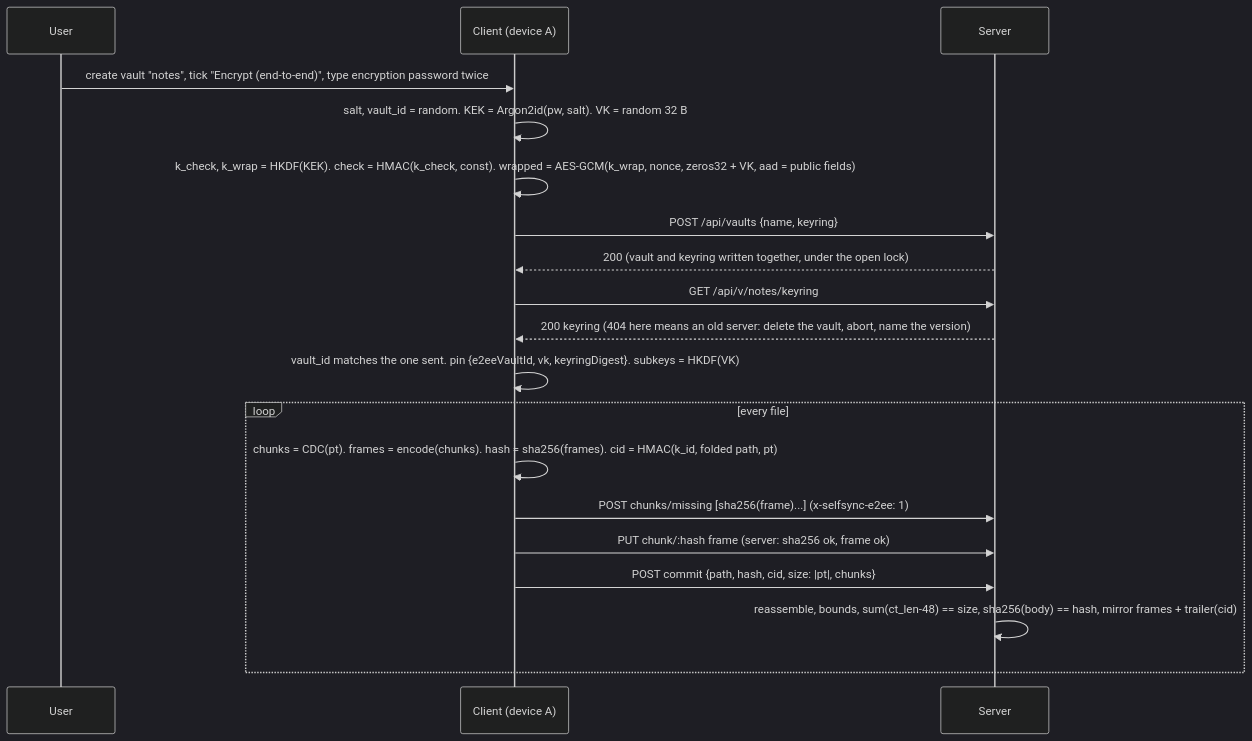
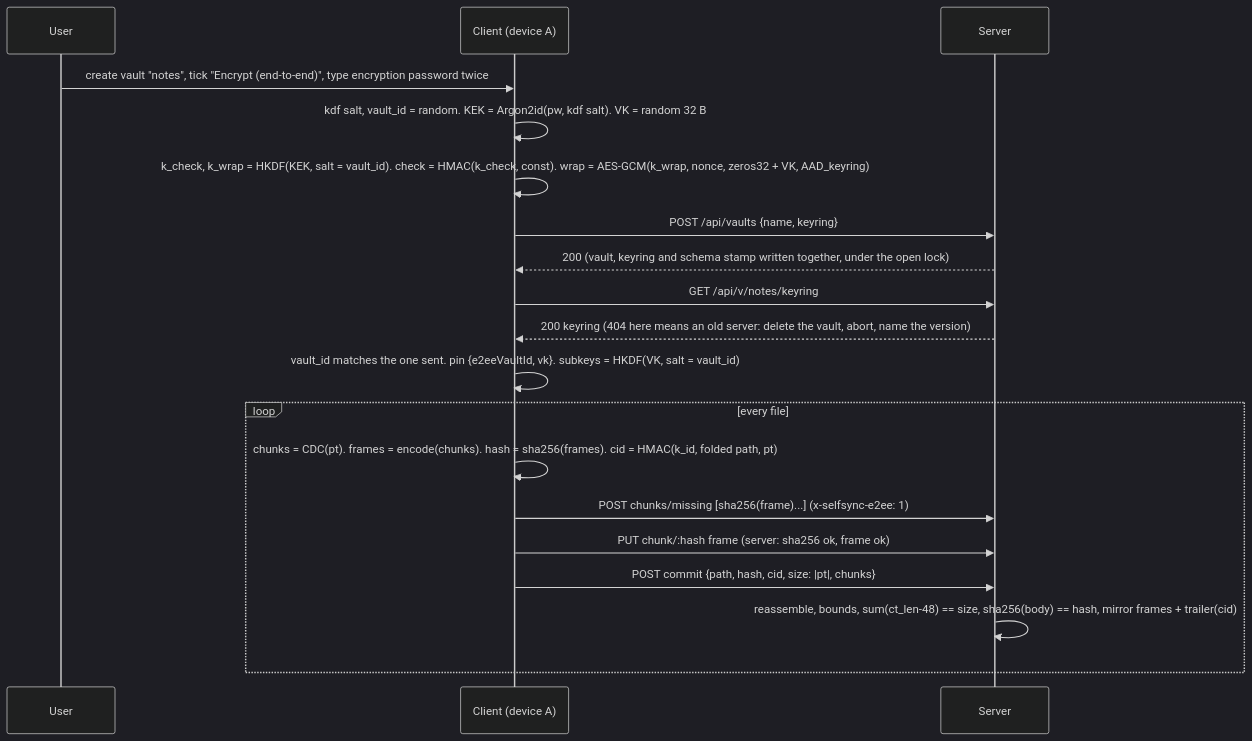
One commit to williamweatherholtz/obsidian-selfsync changed the second of 4 diagrams in docs/design/specs/2026-11-10-e2ee-design.md. Above: the diagram before and after it, drawn with Mermaid (dark theme). The commit also changed other lines of this file and 19 other files, not shown here.

First line of the commit message:
CR: E2EE design revision 5 after panel round 3 (1 ACCEPT, 6 OBJECT): vault_id HKDF salt, extractor in scoped(), case-only cid fold, schema stamp, no digest pin, one migration order

````diff
--- a/docs/design/specs/2026-11-10-e2ee-design.md
+++ b/docs/design/specs/2026-11-10-e2ee-design.md
@@ -353,21 +421,21 @@
 ```mermaid
 sequenceDiagram
     participant U as User
     participant C as Client (device A)
     participant S as Server
     U->>C: create vault "notes", tick "Encrypt (end-to-end)", type encryption password twice
-    C->>C: salt, vault_id = random. KEK = Argon2id(pw, salt). VK = random 32 B
-    C->>C: k_check, k_wrap = HKDF(KEK). check = HMAC(k_check, const). wrapped = AES-GCM(k_wrap, nonce, zeros32 + VK, aad = public fields)
+    C->>C: kdf salt, vault_id = random. KEK = Argon2id(pw, kdf salt). VK = random 32 B
+    C->>C: k_check, k_wrap = HKDF(KEK, salt = vault_id). check = HMAC(k_check, const). wrap = AES-GCM(k_wrap, nonce, zeros32 + VK, AAD_keyring)
     C->>S: POST /api/vaults {name, keyring}
-    S-->>C: 200 (vault and keyring written together, under the open lock)
+    S-->>C: 200 (vault, keyring and schema stamp written together, under the open lock)
     C->>S: GET /api/v/notes/keyring
     S-->>C: 200 keyring (404 here means an old server: delete the vault, abort, name the version)
-    C->>C: vault_id matches the one sent. pin {e2eeVaultId, vk, keyringDigest}. subkeys = HKDF(VK)
+    C->>C: vault_id matches the one sent. pin {e2eeVaultId, vk}. subkeys = HKDF(VK, salt = vault_id)
     loop every file
         C->>C: chunks = CDC(pt). frames = encode(chunks). hash = sha256(frames). cid = HMAC(k_id, folded path, pt)
         C->>S: POST chunks/missing [sha256(frame)...]   (x-selfsync-e2ee: 1)
         C->>S: PUT chunk/:hash frame  (server: sha256 ok, frame ok)
         C->>S: POST commit {path, hash, cid, size: |pt|, chunks}
         S->>S: reassemble, bounds, sum(ct_len-48) == size, sha256(body) == hash, mirror frames + trailer(cid)
     end
 ```
````
